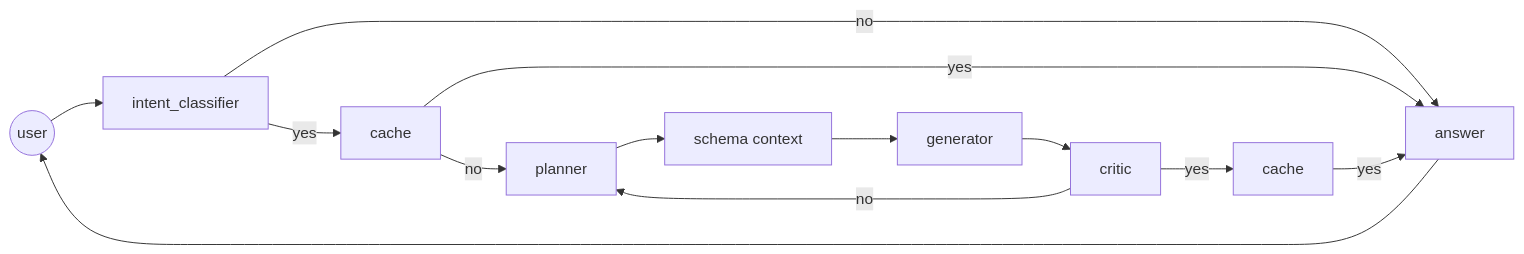
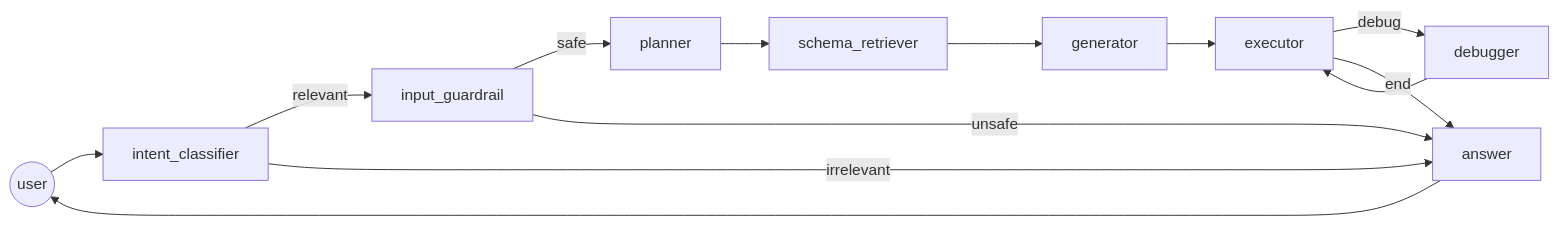
Before and after one commit to manjhss/text-to-sql-agent: the diagram in README.md, drawn with Mermaid. The commit also changed other lines of this file, not shown here.

Commit message:
feat: new workflow

````diff
--- a/README.md
+++ b/README.md
@@ -6,30 +6,20 @@
 ```mermaid
 flowchart LR
-    user((user))
-    intent_classifier[intent_classifier]
-    cache_in[cache]
-    answer[answer]
-    planner[planner]
-    schema_context[schema context]
-    generator[generator]
-    critic[critic]
-    cache_out[cache]
+    user((user)) --> intent_classifier[intent_classifier]
 
-    user --> intent_classifier
-    intent_classifier -- yes --> cache_in
-    intent_classifier -- no --> answer
+    intent_classifier -- relevant --> input_guardrail[input_guardrail]
+    intent_classifier -- irrelevant --> answer[answer]
 
-    cache_in -- no --> planner
-    cache_in -- yes --> answer
+    input_guardrail -- safe --> planner[planner]
+    input_guardrail -- unsafe --> answer
 
-    planner --> schema_context
-    schema_context --> generator
-    generator --> critic
+    planner --> schema_retriever[schema_retriever]
+    schema_retriever --> generator[generator]
+    generator --> executor[executor]
 
-    critic -- no --> planner
-    critic -- yes --> cache_out
-
-    cache_out -- yes --> answer
+    executor -- debug --> debugger[debugger]
+    executor -- end --> answer
+    debugger --> executor
 
     answer --> user
 ```
````
